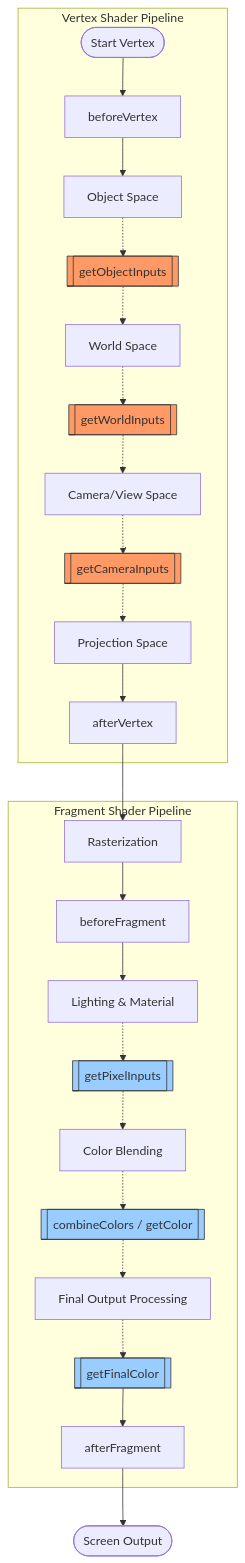
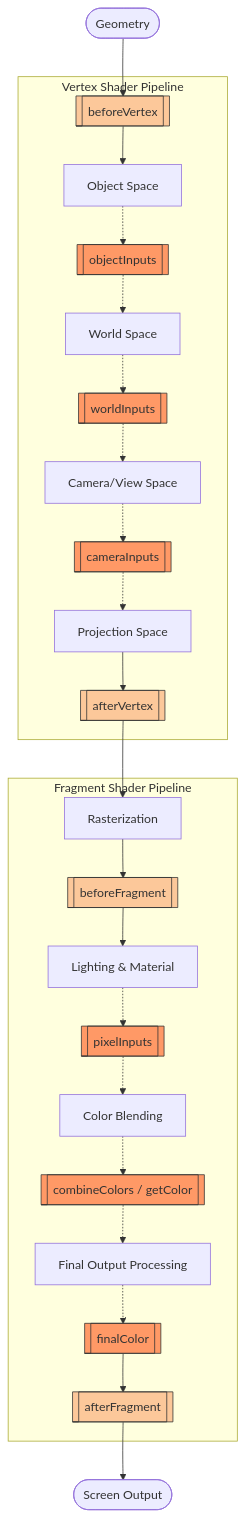
The diagram in src/content/tutorials/en/intro-to-p5-strands.mdx (nbogie/p5.js-website), drawn with Mermaid before and after one commit.

Commit message:
revised pipeline graph

````diff
--- a/src/content/tutorials/en/intro-to-p5-strands.mdx
+++ b/src/content/tutorials/en/intro-to-p5-strands.mdx
@@ -814,32 +814,37 @@
 ```mermaid
 flowchart TD
+  Start([Geometry]) --> BV
+
   subgraph Vertex_Shader ["Vertex Shader Pipeline"]
-      V_Start([Start Vertex]) --> BV[beforeVertex]
-      BV --> OBJ[Object Space]
-      OBJ -.-> GOBJ[[getObjectInputs]]
-      GOBJ -.-> WORLD[World Space]
-      WORLD -.-> GWRD[[getWorldInputs]]
-      GWRD -.-> CAM[Camera/View Space]
-      CAM -.-> GCAM[[getCameraInputs]]
-      GCAM -.-> PROJ[Projection Space]
-      PROJ --> AV[afterVertex]
+      BV[[beforeVertex]] --> OBJ[Object Space]
+      OBJ -.-> INOBJ[[objectInputs]]
+      INOBJ -.-> WORLD[World Space]
+      WORLD -.-> INWLD[[worldInputs]]
+      INWLD -.-> CAM[Camera/View Space]
+      CAM -.-> INCAM[[cameraInputs]]
+      INCAM -.-> PROJ[Projection Space]
+      PROJ --> AV[[afterVertex]]
   end
   AV --> Raster[Rasterization]
   subgraph Fragment_Shader ["Fragment Shader Pipeline"]
-      Raster --> BF[beforeFragment]
+      Raster --> BF[[beforeFragment]]
       BF --> L_MAT[Lighting & Material]
-      L_MAT -.-> GPI[[getPixelInputs]]
-      GPI -.-> BLEND[Color Blending]
+      L_MAT -.-> INPIX[[pixelInputs]]
+      INPIX -.-> BLEND[Color Blending]
       BLEND -.-> COMB[[combineColors / getColor]]
       COMB -.-> FIN[Final Output Processing]
-      FIN -.-> GFC[[getFinalColor]]
-      GFC --> AF[afterFragment]
+      FIN -.-> FCOL[[finalColor]]
+      FCOL --> AF[[afterFragment]]
   end
   AF --> End([Screen Output])
-  style GOBJ fill:#f96,stroke:#333
-  style GWRD fill:#f96,stroke:#333
-  style GCAM fill:#f96,stroke:#333
-  style GPI fill:#9cf,stroke:#333
-  style COMB fill:#9cf,stroke:#333
-  style GFC fill:#9cf,stroke:#333
+  style BV fill:#fcc89a,stroke:#333
+  style AV fill:#fcc89a,stroke:#333
+  style BF fill:#fcc89a,stroke:#333
+  style AF fill:#fcc89a,stroke:#333
+  style INOBJ fill:#f96,stroke:#333
+  style INWLD fill:#f96,stroke:#333
+  style INCAM fill:#f96,stroke:#333
+  style INPIX fill:#f96,stroke:#333
+  style COMB fill:#f96,stroke:#333
+  style FCOL fill:#f96,stroke:#333
 ```
````
